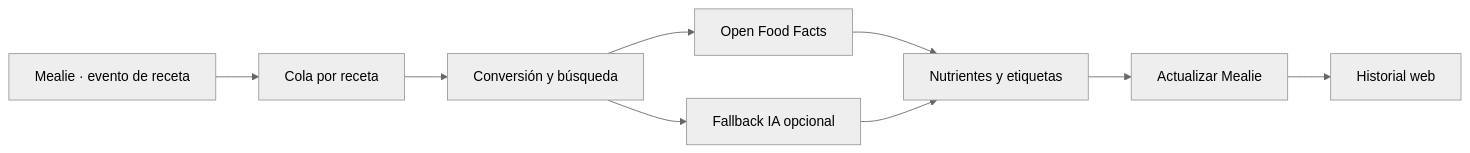
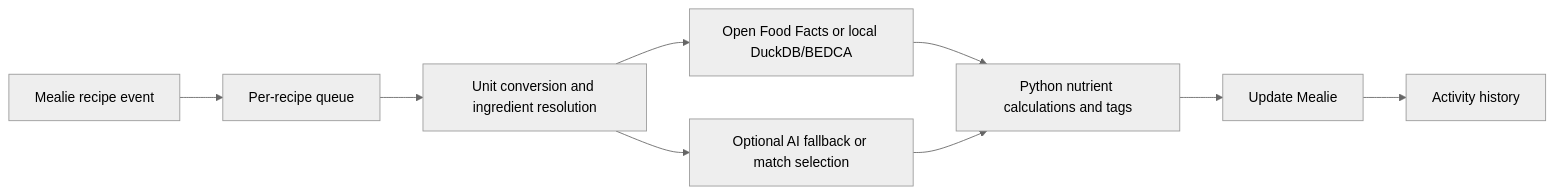
One commit to brunofelixns/mealie-enricher changed the diagram in README.md. Above: the diagram before and after it, drawn with Mermaid (neutral theme). The commit also changed other lines of this file and 9 other files, not shown here.

```diff
--- a/README.md
+++ b/README.md
@@ -153,11 +119,11 @@
 ~~~mermaid
 flowchart LR
-    A["Mealie · evento de receta"] --> B["Cola por receta"]
-    B --> C["Conversión y búsqueda"]
-    C --> D["Open Food Facts"]
-    C --> E["Fallback IA opcional"]
-    D --> F["Nutrientes y etiquetas"]
+    A["Mealie recipe event"] --> B["Per-recipe queue"]
+    B --> C["Unit conversion and ingredient resolution"]
+    C --> D["Open Food Facts or local DuckDB/BEDCA"]
+    C --> E["Optional AI fallback or match selection"]
+    D --> F["Python nutrient calculations and tags"]
     E --> F
-    F --> G["Actualizar Mealie"]
-    G --> H["Historial web"]
+    F --> G["Update Mealie"]
+    G --> H["Activity history"]
 ~~~
```
